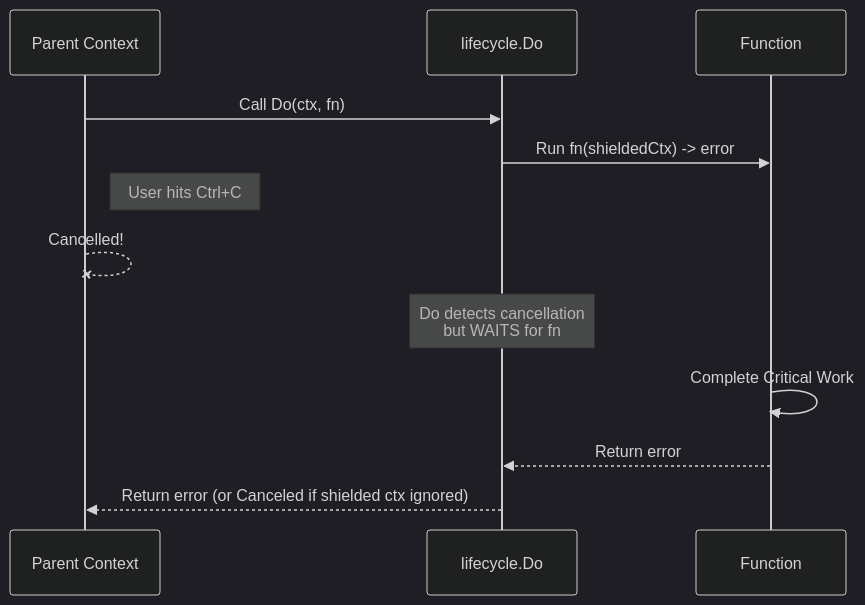
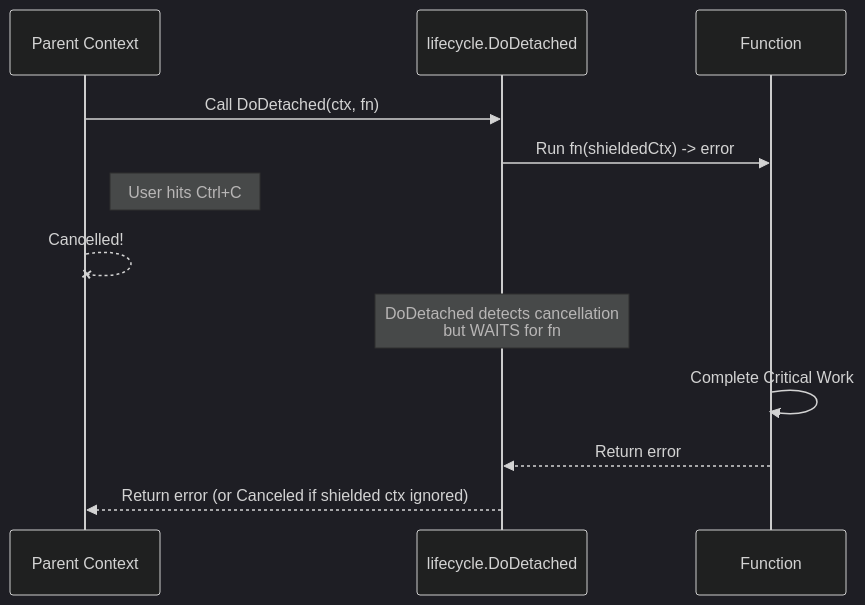
The fourth of 7 diagrams in docs/TECHNICAL.md (aretw0/lifecycle), drawn with Mermaid (dark theme) before and after one commit. The commit also changed other lines of this file, not shown here.

First line of the commit message:
docs: update architecture to include Managed Concurrency

````diff
--- a/docs/TECHNICAL.md
+++ b/docs/TECHNICAL.md
@@ -196,19 +244,19 @@
-```mermaid
-sequenceDiagram
-    participant P as Parent Context
-    participant D as lifecycle.Do
-    participant F as Function
-    
-    P->>D: Call Do(ctx, fn)
-    D->>F: Run fn(shieldedCtx) -> error
-    
-    note right of P: User hits Ctrl+C
-    P--xP: Cancelled!
-    
-    note over D: Do detects cancellation<br/>but WAITS for fn
-    
-    F->>F: Complete Critical Work
-    F-->>D: Return error
-    
-    D-->>P: Return error (or Canceled if shielded ctx ignored)
-```
+ ```mermaid
+ sequenceDiagram
+     participant P as Parent Context
+     participant D as lifecycle.DoDetached
+     participant F as Function
+     
+     P->>D: Call DoDetached(ctx, fn)
+     D->>F: Run fn(shieldedCtx) -> error
+     
+     note right of P: User hits Ctrl+C
+     P--xP: Cancelled!
+     
+     note over D: DoDetached detects cancellation<br/>but WAITS for fn
+     
+     F->>F: Complete Critical Work
+     F-->>D: Return error
+     
+     D-->>P: Return error (or Canceled if shielded ctx ignored)
+ ```
````
